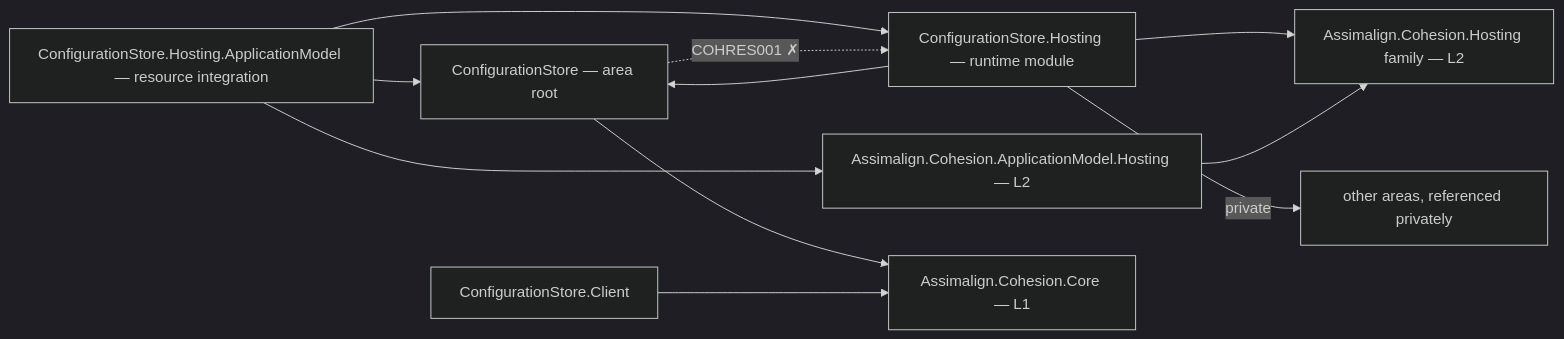
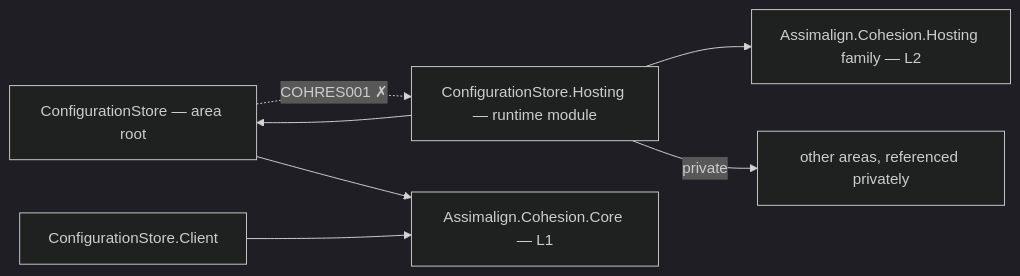
One commit to assimalign/cohesion changed the diagram in resources/ConfigurationStore/README.md. Above: the diagram before and after it, drawn with Mermaid (dark theme). The commit also changed other lines of this file and 141 other files, not shown here.

First line of the commit message:
docs(application-model): remove the old model from rules and docs

````diff
--- a/resources/ConfigurationStore/README.md
+++ b/resources/ConfigurationStore/README.md
@@ -12,21 +12,15 @@
 ```mermaid
 flowchart LR
     P0["ConfigurationStore — area root"]
     P2["ConfigurationStore.Client"]
     P3["ConfigurationStore.Hosting — runtime module"]
-    PAM["ConfigurationStore.Hosting.ApplicationModel — resource integration"]
-    AMH["Assimalign.Cohesion.ApplicationModel.Hosting — L2"]
     CORE["Assimalign.Cohesion.Core — L1"]
     HOSTFAM["Assimalign.Cohesion.Hosting family — L2"]
     PRIV["other areas, referenced privately"]
     P0 --> CORE
     P2 --> CORE
     P3 --> P0
     P3 --> HOSTFAM
     P3 -->|"private"| PRIV
-    PAM --> P3
-    PAM --> P0
-    PAM --> AMH
-    AMH --> HOSTFAM
     P0 -.->|"COHRES001 ✗"| P3
 ```
````
